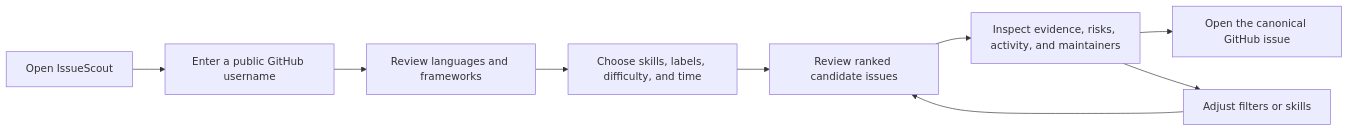
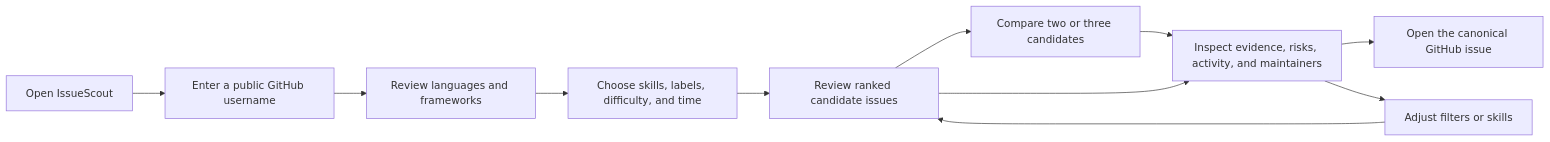
One commit to tensho1026/github-oss-search changed the diagram in docs/product.md. Above: the diagram before and after it, drawn with Mermaid. The commit also changed 65 other files, not shown here.

````diff
--- a/docs/product.md
+++ b/docs/product.md
@@ -53,11 +53,13 @@
 ```mermaid
 flowchart LR
     Start["Open IssueScout"] --> Profile["Enter a public GitHub username"]
     Profile --> Snapshot["Review languages and frameworks"]
     Snapshot --> Filters["Choose skills, labels, difficulty, and time"]
     Filters --> Results["Review ranked candidate issues"]
+    Results --> Compare["Compare two or three candidates"]
+    Compare --> Detail["Inspect evidence, risks, activity, and maintainers"]
     Results --> Detail["Inspect evidence, risks, activity, and maintainers"]
     Detail --> GitHub["Open the canonical GitHub issue"]
     Detail --> Adjust["Adjust filters or skills"]
     Adjust --> Results
 ```
````
